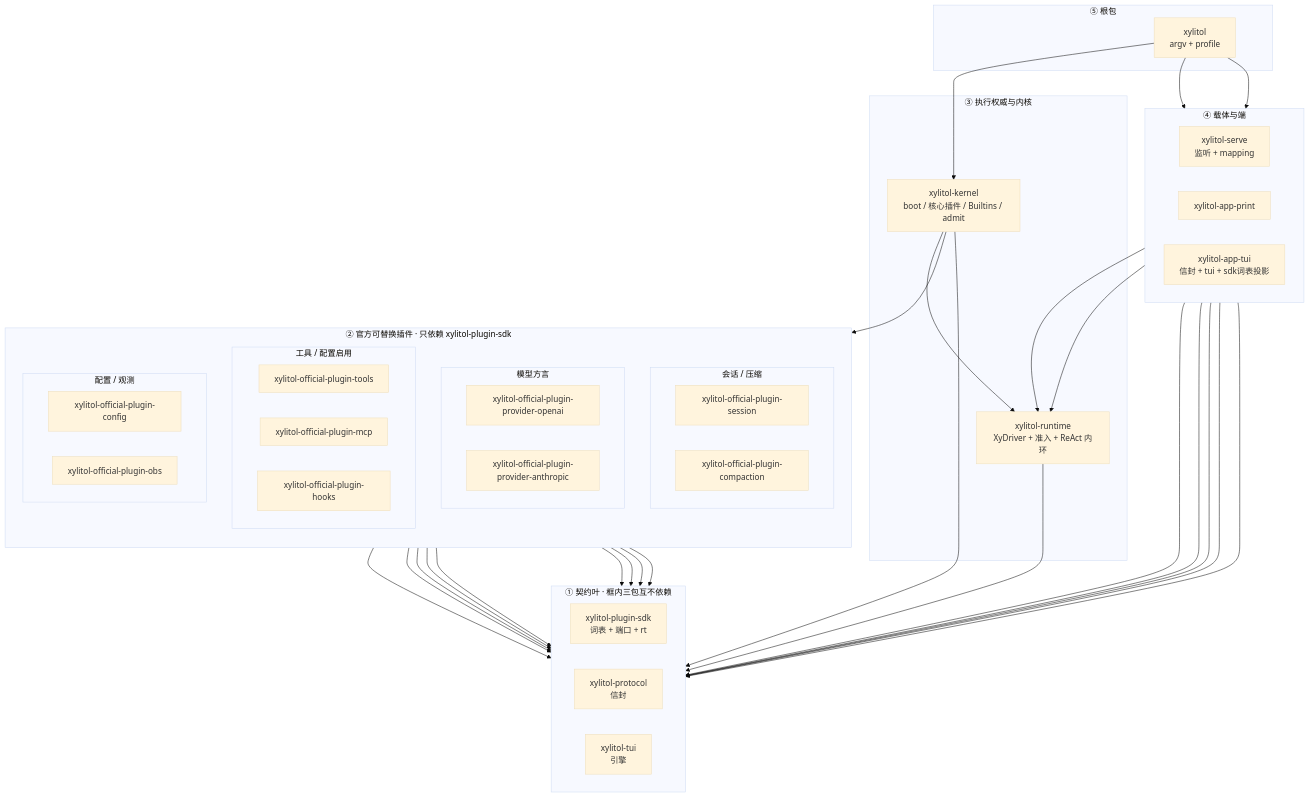
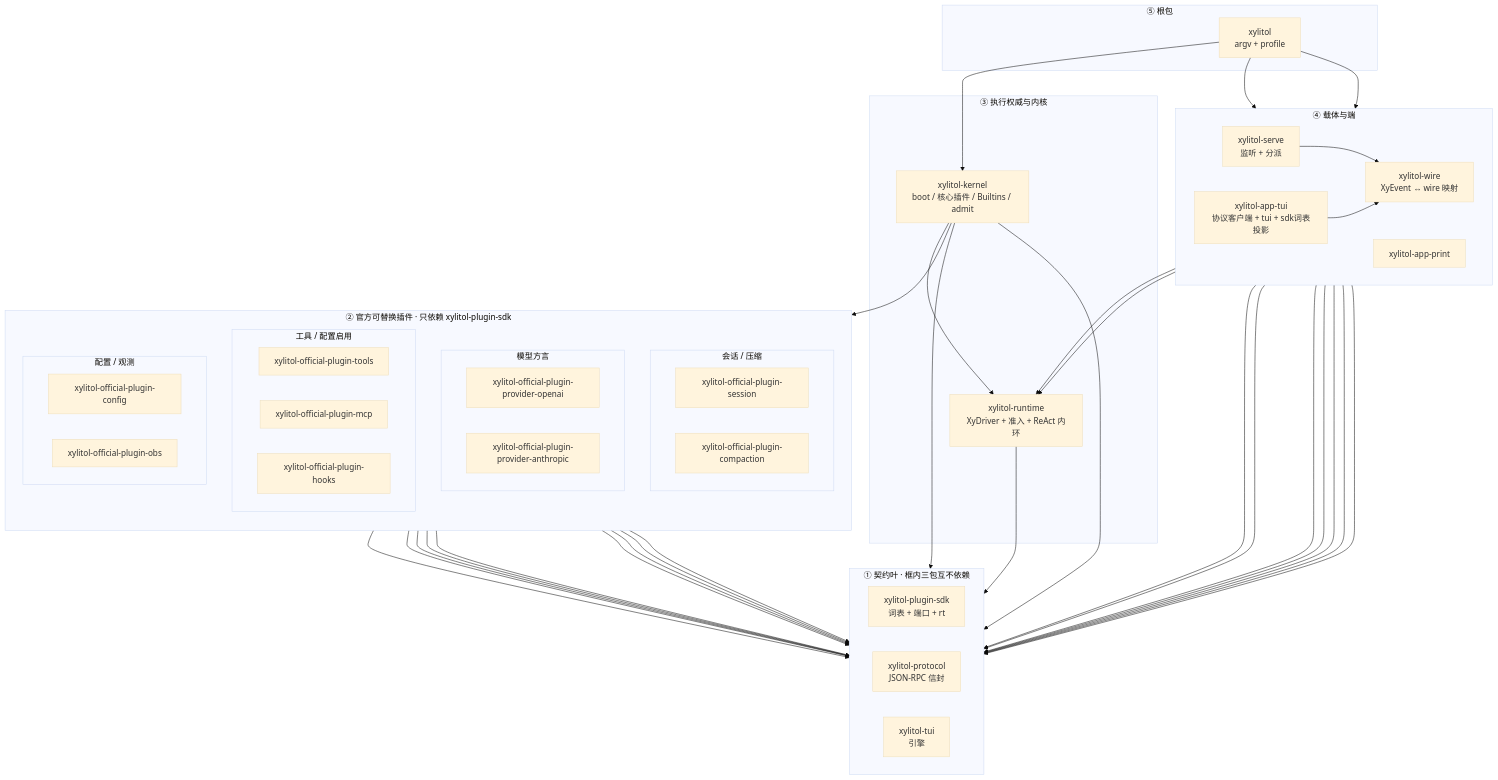
The diagram in src/AGENTS.md (StrayDragon/xylitol), drawn with Mermaid (base theme) before and after one commit. The commit also changed other lines of this file and 83 other files, not shown here.

````diff
--- a/src/AGENTS.md
+++ b/src/AGENTS.md
@@ -21,74 +21,80 @@
 ```mermaid
 flowchart TB
   subgraph contracts["① 契约叶 · 框内三包互不依赖"]
     direction LR
     xylitol_plugin_sdk["xylitol-plugin-sdk<br/>词表 + 端口 + rt"]
-    xylitol_protocol["xylitol-protocol<br/>信封"]
+    xylitol_protocol["xylitol-protocol<br/>JSON-RPC 信封"]
     xylitol_tui["xylitol-tui<br/>引擎"]
   end
 
   subgraph plugins["② 官方可替换插件 · 只依赖 xylitol-plugin-sdk"]
     direction TB
     subgraph plugins_loop["会话 / 压缩"]
       direction LR
       xylitol_official_plugin_session["xylitol-official-plugin-session"]
       xylitol_official_plugin_compaction["xylitol-official-plugin-compaction"]
     end
     subgraph plugins_model["模型方言"]
       direction LR
       xylitol_official_plugin_provider_openai["xylitol-official-plugin-provider-openai"]
       xylitol_official_plugin_provider_anthropic["xylitol-official-plugin-provider-anthropic"]
     end
     subgraph plugins_ext["工具 / 配置启用"]
       direction LR
       xylitol_official_plugin_tools["xylitol-official-plugin-tools"]
       xylitol_official_plugin_mcp["xylitol-official-plugin-mcp"]
       xylitol_official_plugin_hooks["xylitol-official-plugin-hooks"]
     end
     subgraph plugins_host["配置 / 观测"]
       direction LR
       xylitol_official_plugin_config["xylitol-official-plugin-config"]
       xylitol_official_plugin_obs["xylitol-official-plugin-obs"]
     end
   end
 
   subgraph exec["③ 执行权威与内核"]
     xylitol_runtime["xylitol-runtime<br/>XyDriver + 准入 + ReAct 内环"]
     xylitol_kernel["xylitol-kernel<br/>boot / 核心插件 / Builtins / admit"]
   end
 
   subgraph surfaces["④ 载体与端"]
     direction LR
-    xylitol_serve["xylitol-serve<br/>监听 + mapping"]
+    xylitol_wire["xylitol-wire<br/>XyEvent ↔ wire 映射"]
+    xylitol_serve["xylitol-serve<br/>监听 + 分派"]
     xylitol_app_print["xylitol-app-print"]
-    xylitol_app_tui["xylitol-app-tui<br/>信封 + tui + sdk词表投影"]
+    xylitol_app_tui["xylitol-app-tui<br/>协议客户端 + tui + sdk词表投影"]
   end
 
   subgraph root["⑤ 根包"]
     xylitol["xylitol<br/>argv + profile"]
   end
 
   xylitol_official_plugin_session --> xylitol_plugin_sdk
   xylitol_official_plugin_compaction --> xylitol_plugin_sdk
   xylitol_official_plugin_provider_openai --> xylitol_plugin_sdk
   xylitol_official_plugin_provider_anthropic --> xylitol_plugin_sdk
   xylitol_official_plugin_tools --> xylitol_plugin_sdk
   xylitol_official_plugin_mcp --> xylitol_plugin_sdk
   xylitol_official_plugin_hooks --> xylitol_plugin_sdk
   xylitol_official_plugin_config --> xylitol_plugin_sdk
   xylitol_official_plugin_obs --> xylitol_plugin_sdk
   xylitol_runtime --> xylitol_plugin_sdk
   xylitol_kernel --> xylitol_plugin_sdk
   xylitol_kernel --> xylitol_runtime
+  xylitol_kernel --> xylitol_protocol
   xylitol_kernel --> plugins
   xylitol_serve --> xylitol_runtime
   xylitol_serve --> xylitol_protocol
+  xylitol_serve --> xylitol_wire
   xylitol_serve --> xylitol_plugin_sdk
+  xylitol_wire --> xylitol_protocol
+  xylitol_wire --> xylitol_plugin_sdk
   xylitol_app_print --> xylitol_runtime
   xylitol_app_tui --> xylitol_protocol
+  xylitol_app_tui --> xylitol_wire
   xylitol_app_tui --> xylitol_tui
   xylitol_app_tui --> xylitol_plugin_sdk
   xylitol --> xylitol_kernel
   xylitol --> xylitol_app_print
   xylitol --> xylitol_app_tui
 ```
````
